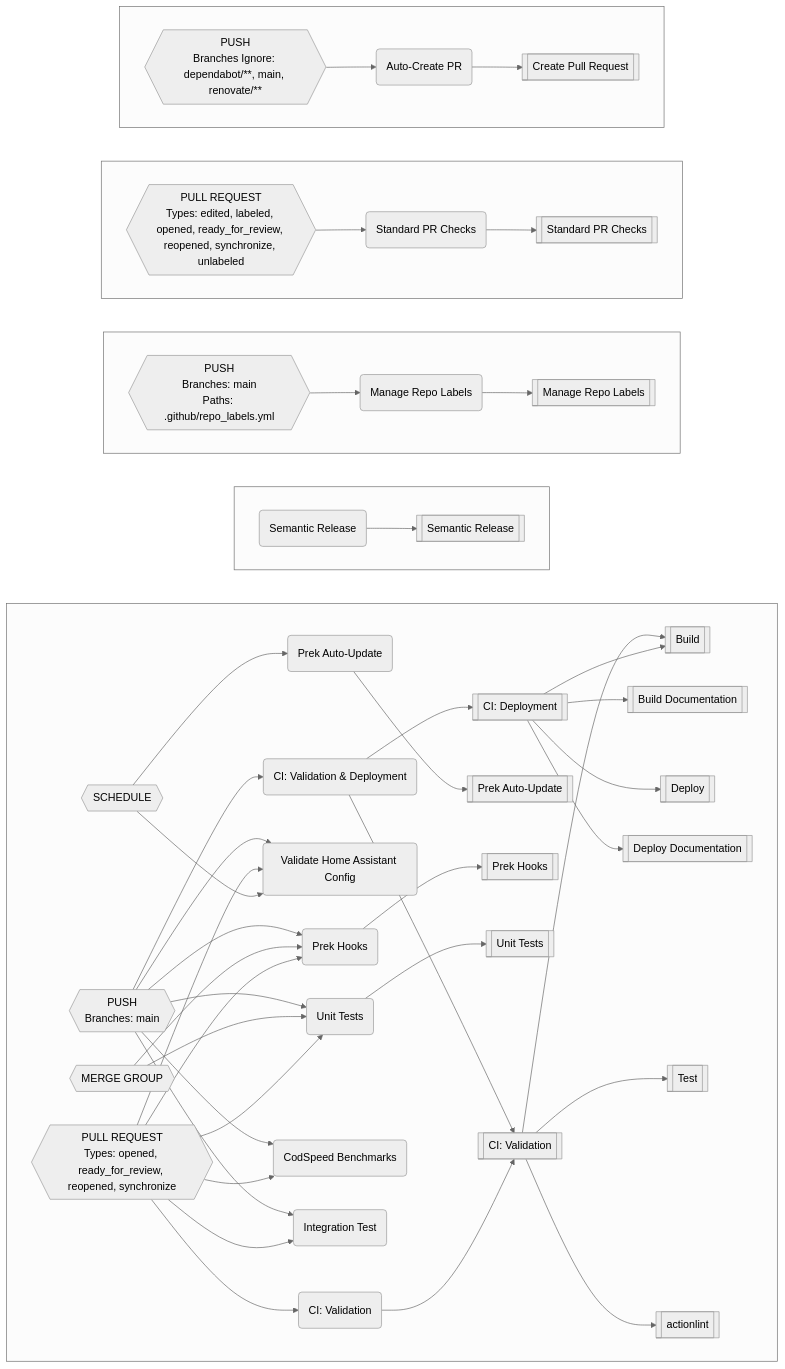
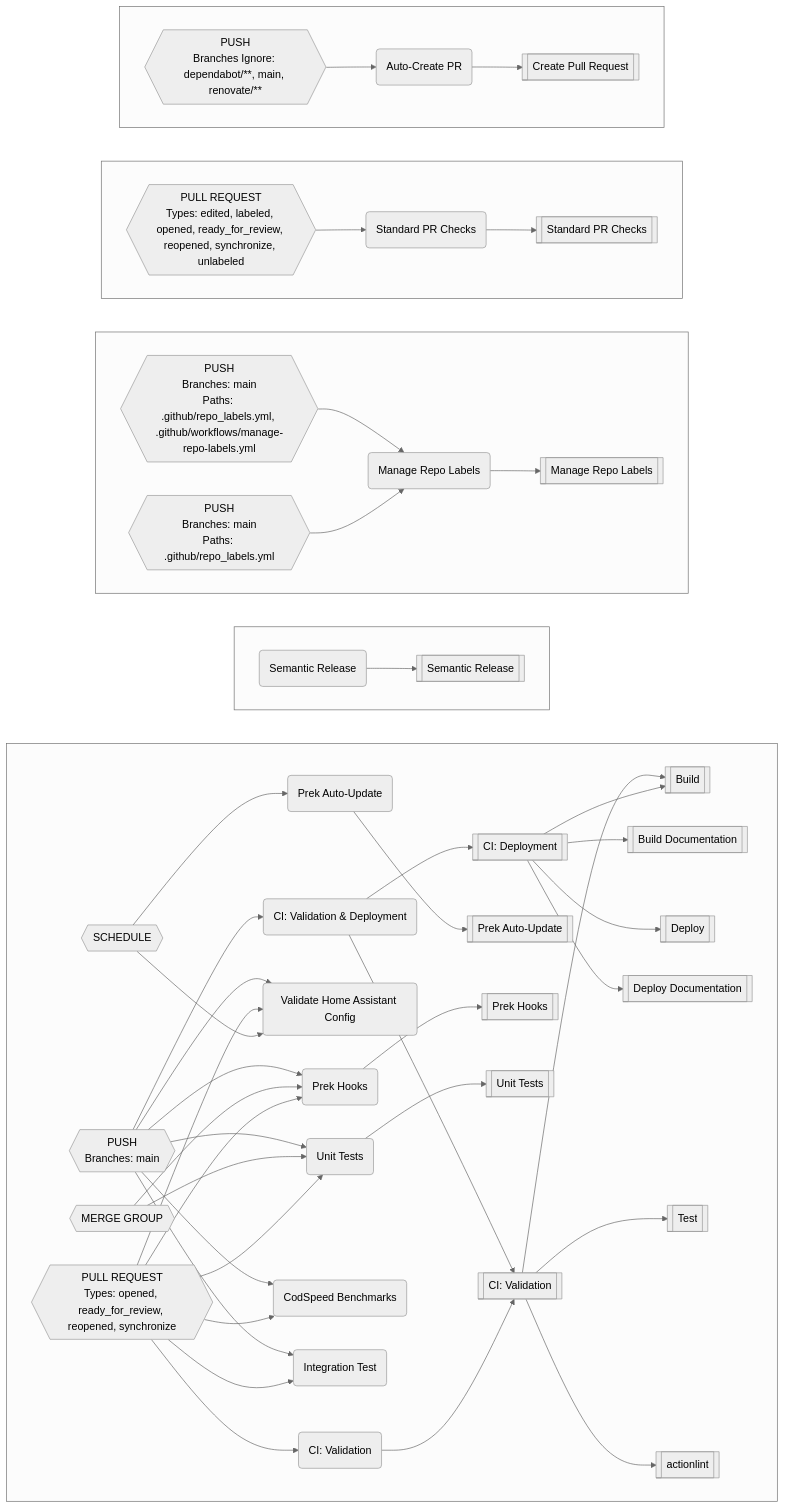
One commit to worganisation/github-config-files changed the diagram in README.md. Above: the diagram before and after it, drawn with Mermaid (neutral theme). The commit also changed other lines of this file and 3 other files, not shown here.

````diff
--- a/README.md
+++ b/README.md
@@ -397,29 +415,29 @@
 ```mermaid
 flowchart LR
-subgraph EE[" "]
+subgraph EI[" "]
 direction LR
+DI-->V
+CF-->AY
+CG-->CR
+CG-->CF
+DK-->EB
+DK-->DR
+DK-->DM
+DK-->DI
+DK-->CZ
+DK-->CR
+DR-->BB
+DS-->EB
+DS-->DR
+EB-->BQ
+DF-->EB
+DF-->DR
+DF-->DM
+DF-->DE
+DF-->CZ
+DF-->CR
 DE-->V
-CF-->AY
-CG-->CN
-CG-->CF
-DG-->DX
-DG-->DN
-DG-->DI
-DG-->DE
-DG-->CV
-DG-->CN
-DN-->BB
-DO-->DX
-DO-->DN
-DX-->BQ
-DB-->DX
-DB-->DN
-DB-->DI
-DB-->DA
-DB-->CV
-DB-->CN
-DA-->V
-DA-->M
+DE-->M
 M-->I
 M-->E
 M-->AM
@@ -428,21 +446,22 @@
 V-->BN
 V-->A
 end
-subgraph EF[" "]
+subgraph EJ[" "]
 direction LR
-CJ-->BE
+CN-->BE
 end
-subgraph EG[" "]
+subgraph EK[" "]
 direction LR
+CK-->CB
 CC-->CB
 CB-->AV
 end
-subgraph EH[" "]
+subgraph EL[" "]
 direction LR
 BY-->BX
 BX-->BK
 end
-subgraph EI[" "]
+subgraph EM[" "]
 direction LR
 BU-->BT
 BT-->AE
@@ -473,21 +492,25 @@
 "}}
 CF("Prek Auto-Update")
 CG{{"SCHEDULE"}}
-CJ("Semantic Release")
-CN("Validate Home Assistant Config")
-CV("Integration Test")
-DA("CI: Validation & Deployment")
-DB{{"PUSH
+CK{{"PUSH
+Branches: main
+Paths: .github/repo_labels.yml, .github/workflows/manage-repo-labels.yml
+"}}
+CN("Semantic Release")
+CR("Validate Home Assistant Config")
+CZ("Integration Test")
+DE("CI: Validation & Deployment")
+DF{{"PUSH
 Branches: main
 "}}
-DE("CI: Validation")
-DG{{"PULL REQUEST
+DI("CI: Validation")
+DK{{"PULL REQUEST
 Types: opened, ready_for_review, reopened, synchronize
 "}}
-DI("CodSpeed Benchmarks")
-DN("Prek Hooks")
-DO{{"MERGE GROUP"}}
-DX("Unit Tests")
+DM("CodSpeed Benchmarks")
+DR("Prek Hooks")
+DS{{"MERGE GROUP"}}
+EB("Unit Tests")
 E[["Build Documentation"]]
 I[["Build"]]
 M[["CI: Deployment"]]
````
